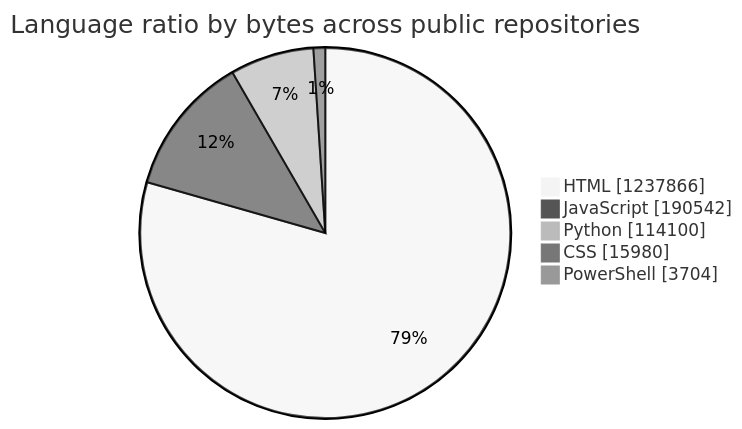
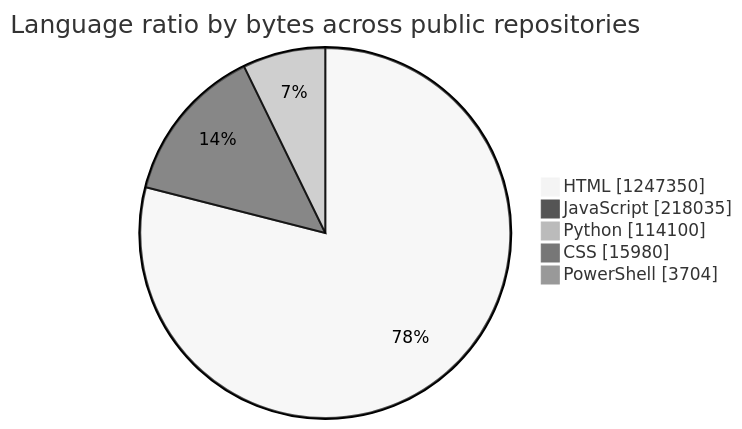
One commit to tchinso/tchinso changed the first of 2 diagrams in README.md. Above: the diagram before and after it, drawn with Mermaid (neutral theme). The commit also changed other lines of this file, not shown here.

````diff
--- a/README.md
+++ b/README.md
@@ -23,9 +23,9 @@
 ```mermaid
 pie showData
     title Language ratio by bytes across public repositories
-    "HTML" : 1237866
-    "JavaScript" : 190542
+    "HTML" : 1247350
+    "JavaScript" : 218035
     "Python" : 114100
     "CSS" : 15980
     "PowerShell" : 3704
 ```
````
